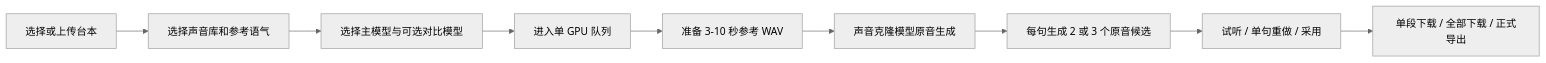
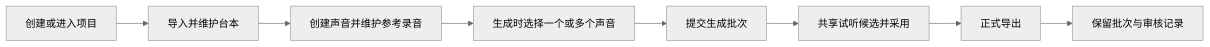
One commit to DaisWW/AIVoice changed the diagram in README.md. Above: the diagram before and after it, drawn with Mermaid (neutral theme). The commit also changed other lines of this file and 37 other files, not shown here.

````diff
--- a/README.md
+++ b/README.md
@@ -60,11 +60,10 @@
 ```mermaid
 flowchart LR
-    A[选择或上传台本] --> B[选择声音库和参考语气]
-    B --> C[选择主模型与可选对比模型]
-    C --> D[进入单 GPU 队列]
-    D --> E[准备 3-10 秒参考 WAV]
-    E --> F[声音克隆模型原音生成]
-    F --> G[每句生成 2 或 3 个原音候选]
-    G --> H[试听 / 单句重做 / 采用]
-    H --> I[单段下载 / 全部下载 / 正式导出]
+    A[创建或进入项目] --> B[导入并维护台本]
+    B --> C[创建声音并维护参考录音]
+    C --> D[生成时选择一个或多个声音]
+    D --> E[提交生成批次]
+    E --> F[共享试听候选并采用]
+    F --> G[正式导出]
+    G --> H[保留批次与审核记录]
 ```
````
